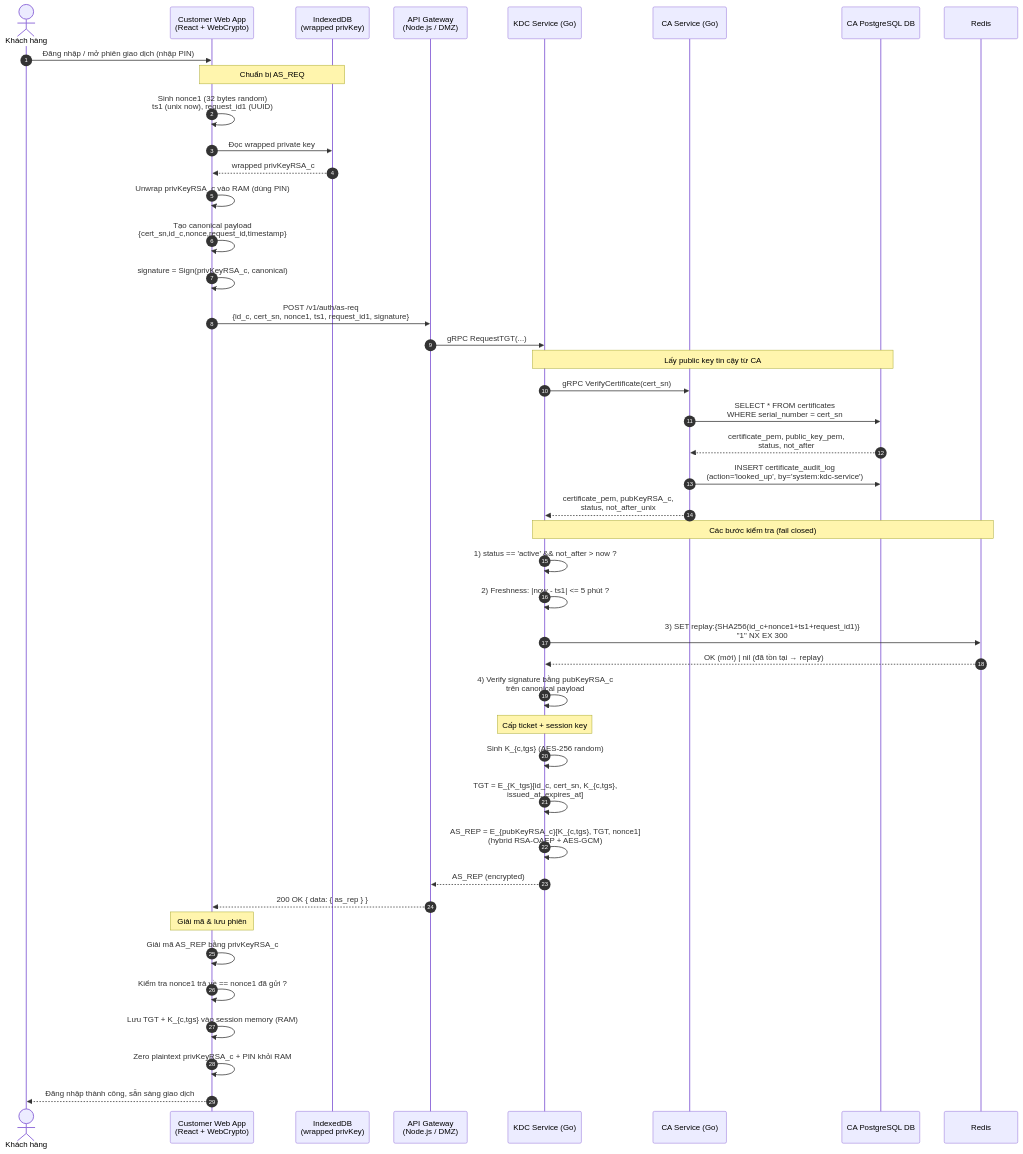
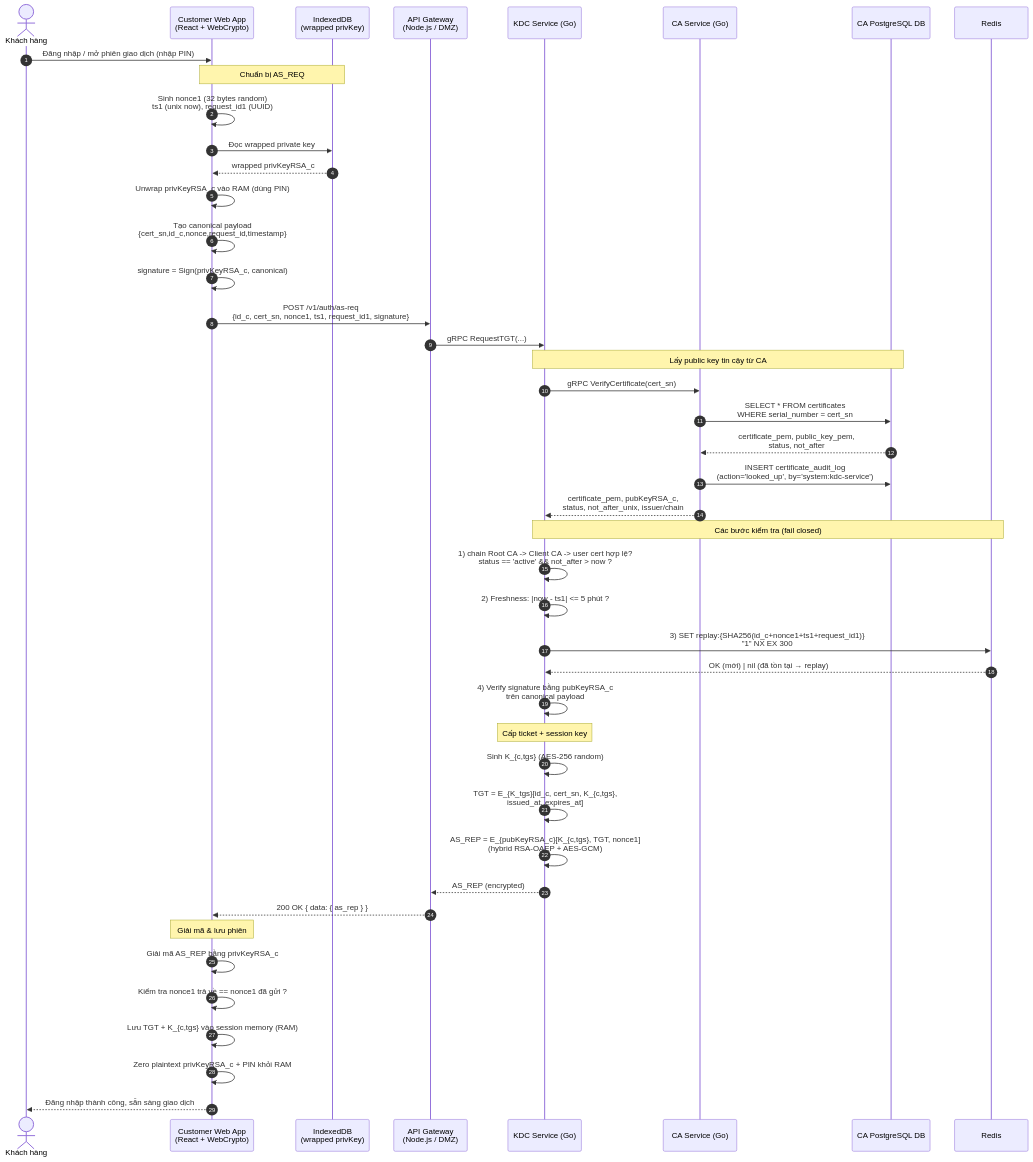
One commit to TNTT2305hcmus/mini-banking-app changed the first of 3 diagrams in blueprint/as-exchange-flow.md. Above: the diagram before and after it, drawn with Mermaid. The commit also changed other lines of this file and 38 other files, not shown here.

````diff
--- a/blueprint/as-exchange-flow.md
+++ b/blueprint/as-exchange-flow.md
@@ -29,54 +29,54 @@
 ```mermaid
 sequenceDiagram
     autonumber
     actor C as Khách hàng
     participant Web as Customer Web App<br/>(React + WebCrypto)
     participant IDB as IndexedDB<br/>(wrapped privKey)
     participant G as API Gateway<br/>(Node.js / DMZ)
     participant KDC as KDC Service (Go)
     participant CA as CA Service (Go)
     participant CADB as CA PostgreSQL DB
     participant R as Redis
 
     C->>Web: Đăng nhập / mở phiên giao dịch (nhập PIN)
 
     Note over Web,IDB: Chuẩn bị AS_REQ
     Web->>Web: Sinh nonce1 (32 bytes random)<br/>ts1 (unix now), request_id1 (UUID)
     Web->>IDB: Đọc wrapped private key
     IDB-->>Web: wrapped privKeyRSA_c
     Web->>Web: Unwrap privKeyRSA_c vào RAM (dùng PIN)
     Web->>Web: Tạo canonical payload<br/>{cert_sn,id_c,nonce,request_id,timestamp}
     Web->>Web: signature = Sign(privKeyRSA_c, canonical)
 
     Web->>G: POST /v1/auth/as-req<br/>{id_c, cert_sn, nonce1, ts1, request_id1, signature}
     G->>KDC: gRPC RequestTGT(...)
 
     Note over KDC,CADB: Lấy public key tin cậy từ CA
     KDC->>CA: gRPC VerifyCertificate(cert_sn)
     CA->>CADB: SELECT * FROM certificates<br/>WHERE serial_number = cert_sn
     CADB-->>CA: certificate_pem, public_key_pem,<br/>status, not_after
     CA->>CADB: INSERT certificate_audit_log<br/>(action='looked_up', by='system:kdc-service')
-    CA-->>KDC: certificate_pem, pubKeyRSA_c,<br/>status, not_after_unix
+    CA-->>KDC: certificate_pem, pubKeyRSA_c,<br/>status, not_after_unix, issuer/chain
 
     Note over KDC,R: Các bước kiểm tra (fail closed)
-    KDC->>KDC: 1) status == 'active' && not_after > now ?
+    KDC->>KDC: 1) chain Root CA -> Client CA -> user cert hợp lệ?<br/>status == 'active' && not_after > now ?
     KDC->>KDC: 2) Freshness: |now - ts1| <= 5 phút ?
     KDC->>R: 3) SET replay:{SHA256(id_c+nonce1+ts1+request_id1)}<br/>"1" NX EX 300
     R-->>KDC: OK (mới) | nil (đã tồn tại → replay)
     KDC->>KDC: 4) Verify signature bằng pubKeyRSA_c<br/>trên canonical payload
 
     Note over KDC: Cấp ticket + session key
     KDC->>KDC: Sinh K_{c,tgs} (AES-256 random)
     KDC->>KDC: TGT = E_{K_tgs}[id_c, cert_sn, K_{c,tgs},<br/>issued_at, expires_at]
     KDC->>KDC: AS_REP = E_{pubKeyRSA_c}[K_{c,tgs}, TGT, nonce1]<br/>(hybrid RSA-OAEP + AES-GCM)
 
     KDC-->>G: AS_REP (encrypted)
     G-->>Web: 200 OK { data: { as_rep } }
 
     Note over Web: Giải mã & lưu phiên
     Web->>Web: Giải mã AS_REP bằng privKeyRSA_c
     Web->>Web: Kiểm tra nonce1 trả về == nonce1 đã gửi ?
     Web->>Web: Lưu TGT + K_{c,tgs} vào session memory (RAM)
     Web->>Web: Zero plaintext privKeyRSA_c + PIN khỏi RAM
     Web-->>C: Đăng nhập thành công, sẵn sàng giao dịch
 ```
````
